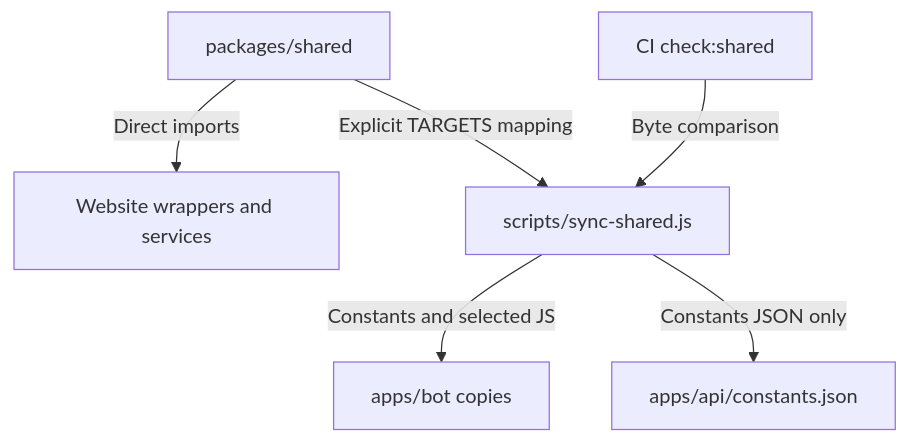
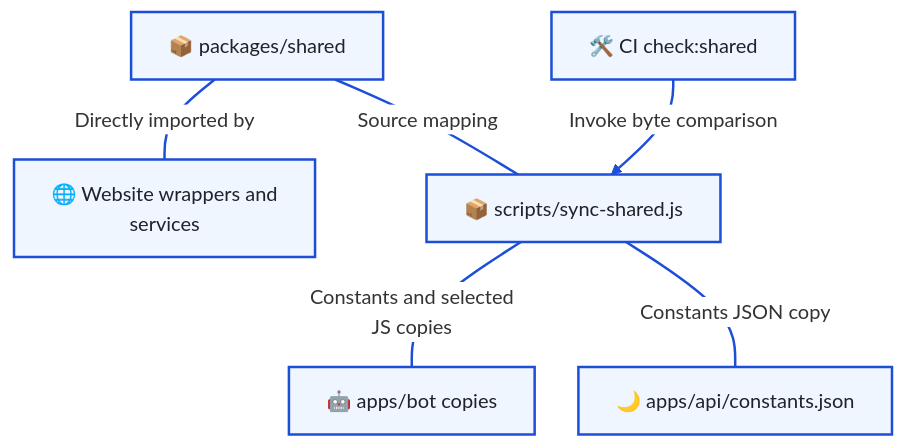
The third of 3 diagrams in docs/architecture/code-map.md (T00few2/dzr), drawn with Mermaid before and after one commit. The commit also changed other lines of this file and 15 other files, not shown here.

First line of the commit message:
docs: standardize Mermaid notation and map the technology stack

````diff
--- a/docs/architecture/code-map.md
+++ b/docs/architecture/code-map.md
@@ -59,8 +85,21 @@
 ```mermaid
+---
+config:
+  theme: base
+  themeVariables:
+    edgeLabelBackground: '#ffffff'
+  flowchart:
+    padding: 15
+    nodeSpacing: 35
+    rankSpacing: 40
+---
 flowchart TB
-    source[packages/shared] -->|Direct imports| next[Website wrappers and services]
-    source -->|Explicit TARGETS mapping| sync[scripts/sync-shared.js]
-    sync -->|Constants and selected JS| bot[apps/bot copies]
-    sync -->|Constants JSON only| api[apps/api/constants.json]
-    check[CI check:shared] -->|Byte comparison| sync
+    source["📦 packages/shared"] ---|Directly imported by| next["🌐 Website wrappers and<br/>services"]
+    source ---|Source mapping| sync["📦 scripts/sync-shared.js"]
+    sync ---|Constants and selected<br/>JS copies| bot["🤖 apps/bot copies"]
+    sync ---|Constants JSON copy| api["🌙 apps/api/constants.json"]
+    check["🛠️ CI check:shared"] -->|Invoke byte comparison| sync
+    classDef default fill:#eff6ff,stroke:#1d4ed8,stroke-width:2px,color:#1f2328
+    classDef external fill:#fff1f2,stroke:#b91c1c,stroke-width:2px,color:#1f2328
+    linkStyle default stroke:#1d4ed8,stroke-width:2px
 ```
````
